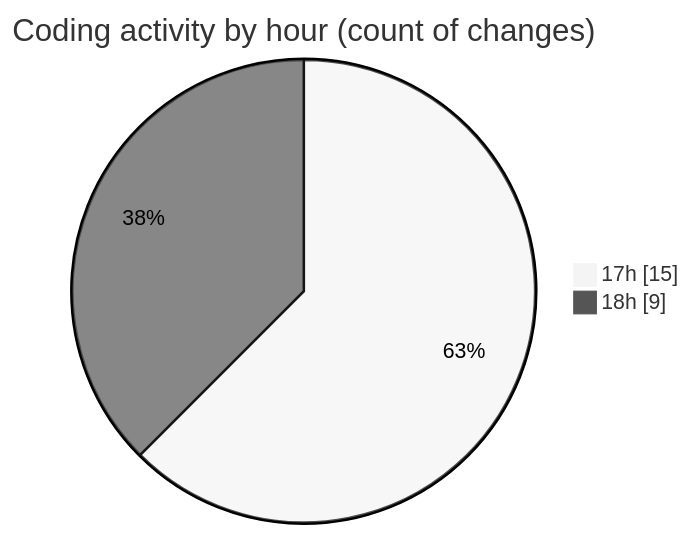
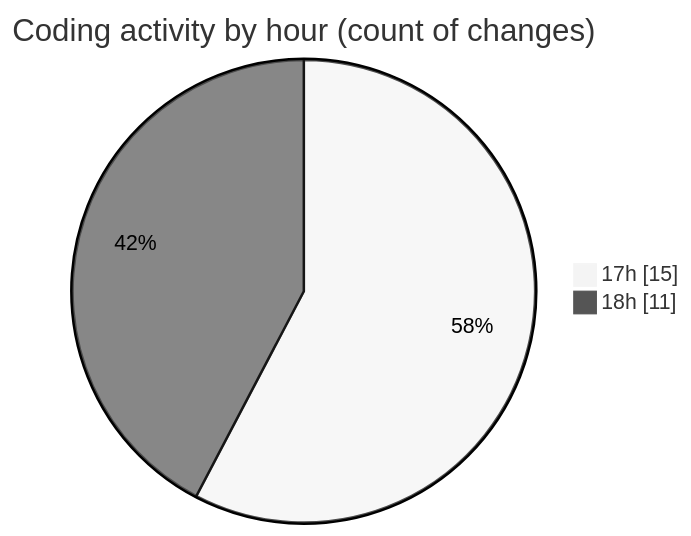
The second of 2 diagrams in 2025-03-09/jmasm/README.md (charlie-sans/code-tracking), drawn with Mermaid (neutral theme) before and after one commit. The commit also changed other lines of this file and 1 other file, not shown here.

````diff
--- a/2025-03-09/jmasm/README.md
+++ b/2025-03-09/jmasm/README.md
@@ -45,6 +46,6 @@
 ```mermaid
 pie showData
 title Coding activity by hour (count of changes)
 "17h" : 15
-"18h" : 9
+"18h" : 11
 ```
````
